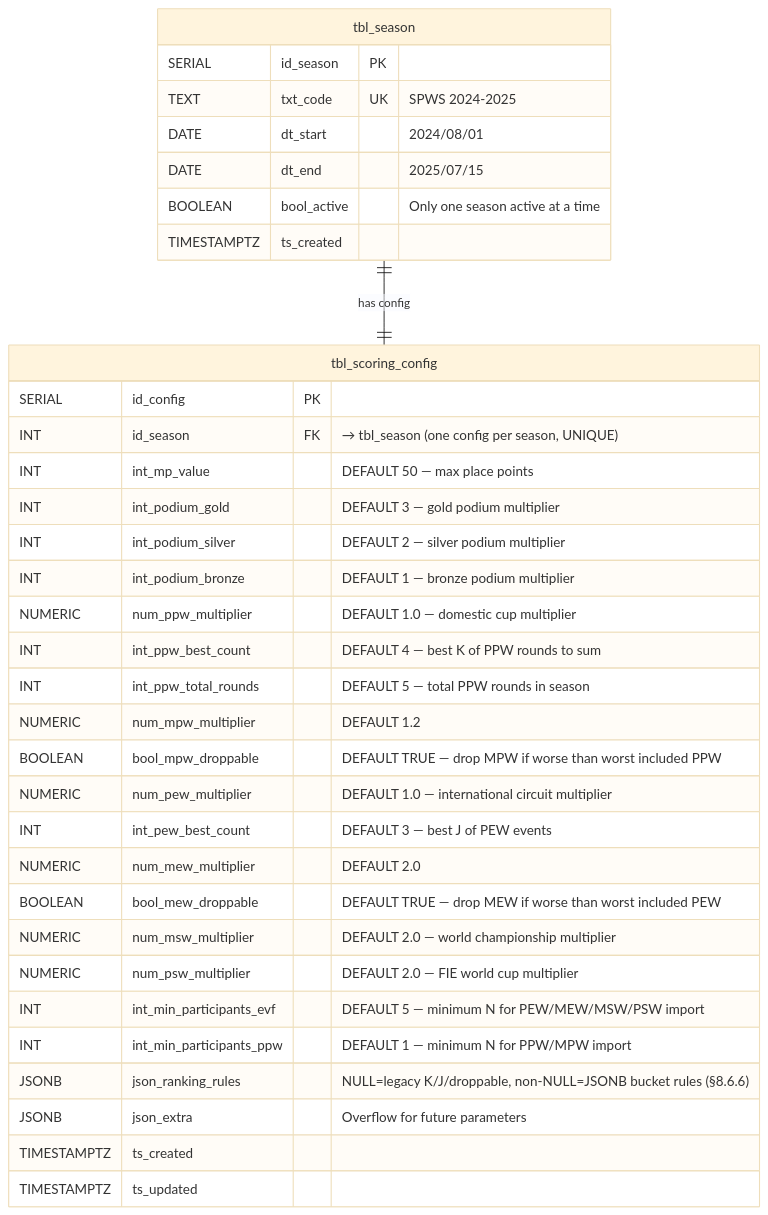
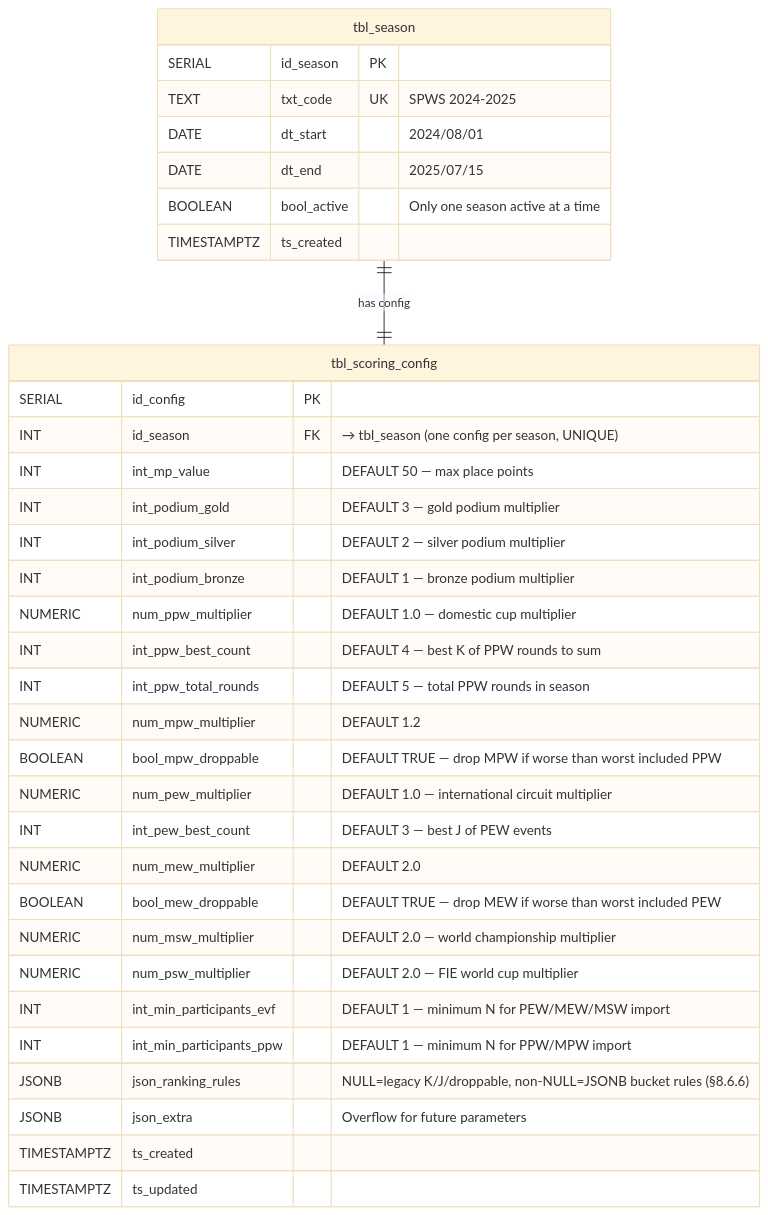
One commit to Fencer4Life/spws-automated-ranklist changed the third of 4 diagrams in doc/Project Specification. SPWS Automated Ranklist System.md. Above: the diagram before and after it, drawn with Mermaid (base theme). The commit also changed other lines of this file and 93 other files, not shown here.

````diff
--- a/doc/Project Specification. SPWS Automated Ranklist System.md
+++ b/doc/Project Specification. SPWS Automated Ranklist System.md
@@ -950,39 +950,39 @@
 ```mermaid
 erDiagram
     tbl_season {
         SERIAL id_season PK
         TEXT txt_code UK "SPWS 2024-2025"
         DATE dt_start "2024/08/01"
         DATE dt_end "2025/07/15"
         BOOLEAN bool_active "Only one season active at a time"
         TIMESTAMPTZ ts_created
     }
 
     tbl_scoring_config {
         SERIAL id_config PK
         INT id_season FK "→ tbl_season (one config per season, UNIQUE)"
         INT int_mp_value "DEFAULT 50 — max place points"
         INT int_podium_gold "DEFAULT 3 — gold podium multiplier"
         INT int_podium_silver "DEFAULT 2 — silver podium multiplier"
         INT int_podium_bronze "DEFAULT 1 — bronze podium multiplier"
         NUMERIC num_ppw_multiplier "DEFAULT 1.0 — domestic cup multiplier"
         INT int_ppw_best_count "DEFAULT 4 — best K of PPW rounds to sum"
         INT int_ppw_total_rounds "DEFAULT 5 — total PPW rounds in season"
         NUMERIC num_mpw_multiplier "DEFAULT 1.2"
         BOOLEAN bool_mpw_droppable "DEFAULT TRUE — drop MPW if worse than worst included PPW"
         NUMERIC num_pew_multiplier "DEFAULT 1.0 — international circuit multiplier"
         INT int_pew_best_count "DEFAULT 3 — best J of PEW events"
         NUMERIC num_mew_multiplier "DEFAULT 2.0"
         BOOLEAN bool_mew_droppable "DEFAULT TRUE — drop MEW if worse than worst included PEW"
         NUMERIC num_msw_multiplier "DEFAULT 2.0 — world championship multiplier"
         NUMERIC num_psw_multiplier "DEFAULT 2.0 — FIE world cup multiplier"
-        INT int_min_participants_evf "DEFAULT 5 — minimum N for PEW/MEW/MSW/PSW import"
+        INT int_min_participants_evf "DEFAULT 1 — minimum N for PEW/MEW/MSW import"
         INT int_min_participants_ppw "DEFAULT 1 — minimum N for PPW/MPW import"
         JSONB json_ranking_rules "NULL=legacy K/J/droppable, non-NULL=JSONB bucket rules (§8.6.6)"
         JSONB json_extra "Overflow for future parameters"
         TIMESTAMPTZ ts_created
         TIMESTAMPTZ ts_updated
     }
 
     tbl_season ||--|| tbl_scoring_config : "has config"
 ```
````
